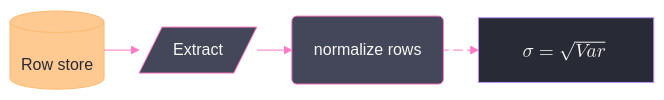
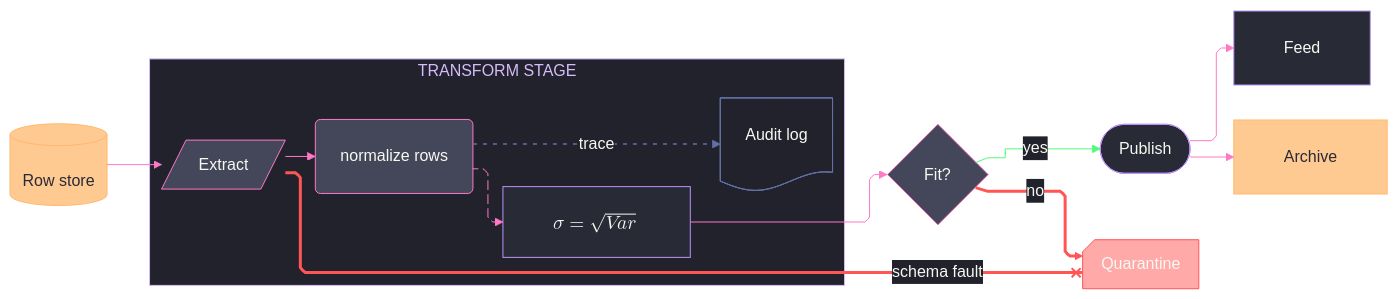
The first of 5 diagrams in .claude/skills/mermaid-diagramming/references/syntax-core.md (bsamiee/Rasm), drawn with Mermaid before and after one commit. The commit also changed other lines of this file and 56 other files, not shown here.

````diff
--- a/.claude/skills/mermaid-diagramming/references/syntax-core.md
+++ b/.claude/skills/mermaid-diagramming/references/syntax-core.md
@@ -13,40 +13,59 @@
 ```mermaid
 ---
 config:
   theme: base
   look: classic
   layout: elk
   flowchart:
     curve: linear
-    padding: 22
+    padding: 25
   themeVariables:
     darkMode: true
     fontFamily: "SF Mono, Menlo, Cascadia Mono, Segoe UI Mono, Consolas, monospace"
     useGradient: false
     dropShadow: "none"
     background: "#282A36"
     primaryColor: "#44475A"
     primaryTextColor: "#F8F8F2"
     primaryBorderColor: "#BD93F9"
     mainBkg: "#44475A"
     nodeBorder: "#BD93F9"
     lineColor: "#FF79C6"
     textColor: "#F8F8F2"
+    titleColor: "#D6BCFA"
+    clusterBkg: "#21222C"
+    clusterBorder: "#D6BCFA"
     edgeLabelBackground: "#21222C"
     labelBackgroundColor: "#21222C"
-  themeCSS: ".nodeLabel{font-size:13px;font-weight:500}.edgeLabel{font-size:12px;font-weight:500}.edge-thickness-normal{stroke-width:2px}.edge-thickness-thick{stroke-width:3px}.edge-pattern-dashed,.edge-pattern-dotted{stroke-width:1.5px;stroke-dasharray:4 6}.node rect,.node circle,.node polygon,.node path,.node .outer-path{stroke-width:1.5px;filter:none!important}.marker path,.marker circle{transform:scale(.8);transform-origin:5px 5px}.edgeLabel rect{transform-box:fill-box;transform-origin:center;transform:scale(1.1,1.2)}"
+  themeCSS: ".nodeLabel{font-size:13px;font-weight:500}.edgeLabel{font-size:12px;font-weight:500}.cluster-label .nodeLabel{font-size:13.5px;font-weight:700;letter-spacing:.08em}.edge-thickness-normal{stroke-width:2px}.edge-thickness-thick{stroke-width:3px}.edge-pattern-dashed,.edge-pattern-dotted{stroke-width:1.5px;stroke-dasharray:4 6}.node rect,.node circle,.node polygon,.node path,.node .outer-path{stroke-width:1.5px;filter:none!important}.cluster rect{stroke-width:1px!important;stroke-dasharray:5 4!important;filter:none!important}.marker path{transform:scale(.8);transform-origin:5px 5px}.marker circle{transform:scale(.48);transform-origin:5px 5px}.edgeLabel rect{transform-box:fill-box;transform-origin:center;transform:scale(1.1,1.2)}"
 ---
 flowchart LR
     accTitle: Flowchart metadata demo
-    accDescr: A row store extracted, normalized, and scored, exercising shape metadata, markdown labels, KaTeX, and an animated edge id.
+    accDescr: A row store extracted, normalized inside the transform stage, scored with a fault rail converging on quarantine, exercising shape metadata, markdown labels, KaTeX, fan-out, and an animated edge id.
     Store@{ shape: cyl, label: "Row store" } --> Extract@{ shape: lean-r, label: "Extract" }
-    Extract --> Norm("`normalize rows`")
-    Norm e1@--> Score["$$\sigma = \sqrt{Var}$$"]
+    subgraph stage[TRANSFORM STAGE]
+        direction LR
+        Extract --> Norm("`normalize rows`")
+        Norm e1@--> Score["$$\sigma = \sqrt{Var}$$"]
+        Norm -.->|"trace"| Audit@{ shape: doc, label: "Audit log" }
+    end
+    Score --> Gate{Fit?}
+    Gate -->|"yes"| Publish@{ shape: stadium, label: "Publish" }
+    Gate -->|"no"| Quarantine@{ shape: notch-rect, label: "Quarantine" }
+    Extract -- "schema fault" --x Quarantine
+    Publish --> Feed & Archive
     e1@{ animate: true }
     classDef primary fill:#44475A,stroke:#FF79C6,color:#F8F8F2
     classDef data fill:#FFB86CBF,stroke:#FFB86C,color:#282A36
     classDef boundary fill:#282A36,stroke:#BD93F9,color:#F8F8F2
-    class Extract,Norm primary
-    class Store data
-    class Score boundary
+    classDef error fill:#FF555580,stroke:#FF5555,color:#F8F8F2
+    classDef annotation fill:#21222C,stroke:#6272A4,color:#F8F8F2
+    class Extract,Norm,Gate primary
+    class Store,Archive data
+    class Score,Publish,Feed boundary
+    class Quarantine error
+    class Audit annotation
+    linkStyle 3 stroke:#6272A4,color:#F8F8F2,stroke-width:1.5px,stroke-dasharray:4 6
+    linkStyle 5 stroke:#50FA7B,color:#F8F8F2
+    linkStyle 6,7 stroke:#FF5555,stroke-width:3px,color:#F8F8F2
 ```
````
